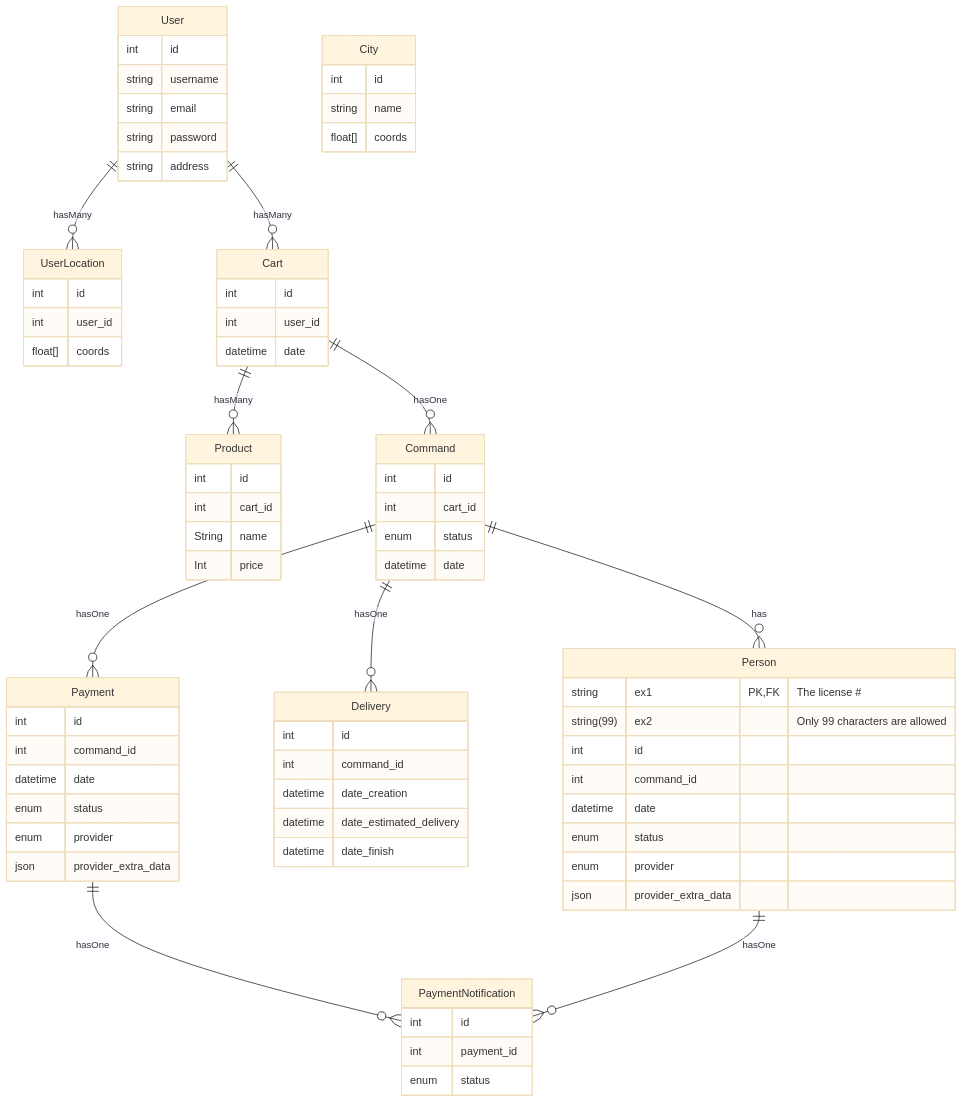
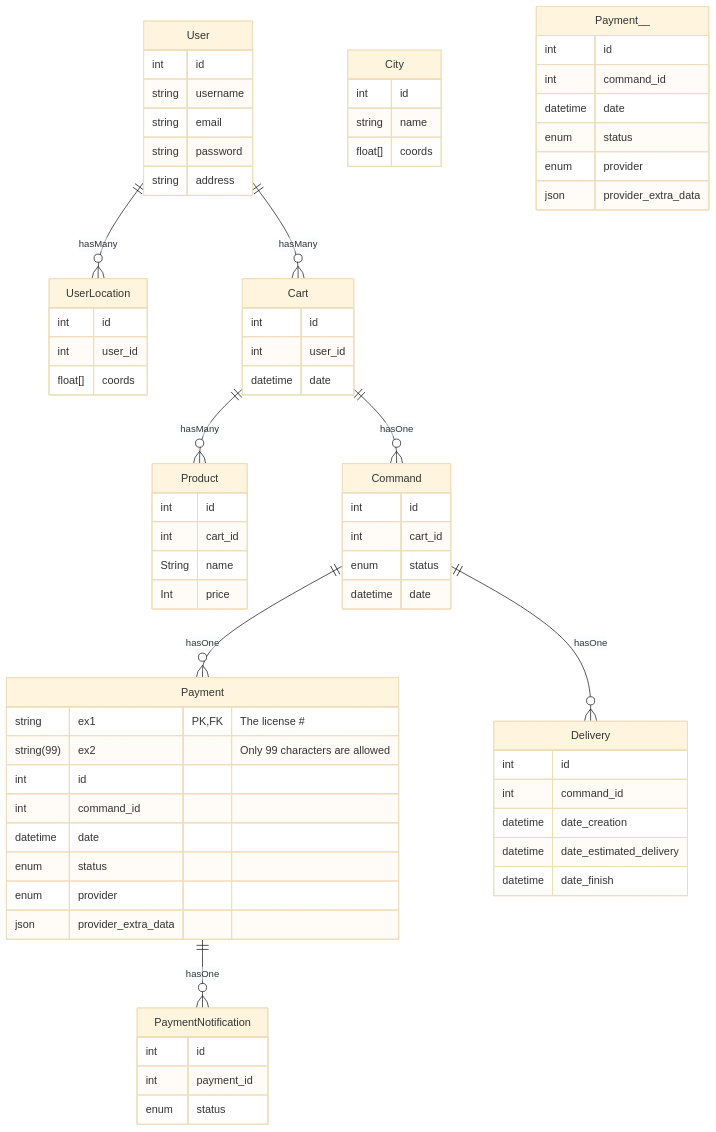
Before and after one commit to joussin/api_allopico_old: the first of 6 diagrams in readme.md, drawn with Mermaid (base theme).

```diff
--- a/readme.md
+++ b/readme.md
@@ -37,8 +37,7 @@
     
     Payment ||--o{ PaymentNotification : hasOne
     
-    Command ||--o{ Person : has
-        Person ||--o{ PaymentNotification : hasOne
+   
     
     City {
         int id
@@ -81,7 +80,7 @@
 	datetime date
 	}
     
-    Payment {
+    Payment__ {
 	     int id
 	     int command_id  
 		 datetime date
@@ -107,7 +106,7 @@
 	
  
     
-     Person {
+     Payment {
         string ex1 PK, FK "The license #"
         string(99) ex2 "Only 99 characters are allowed"
             int id
```
